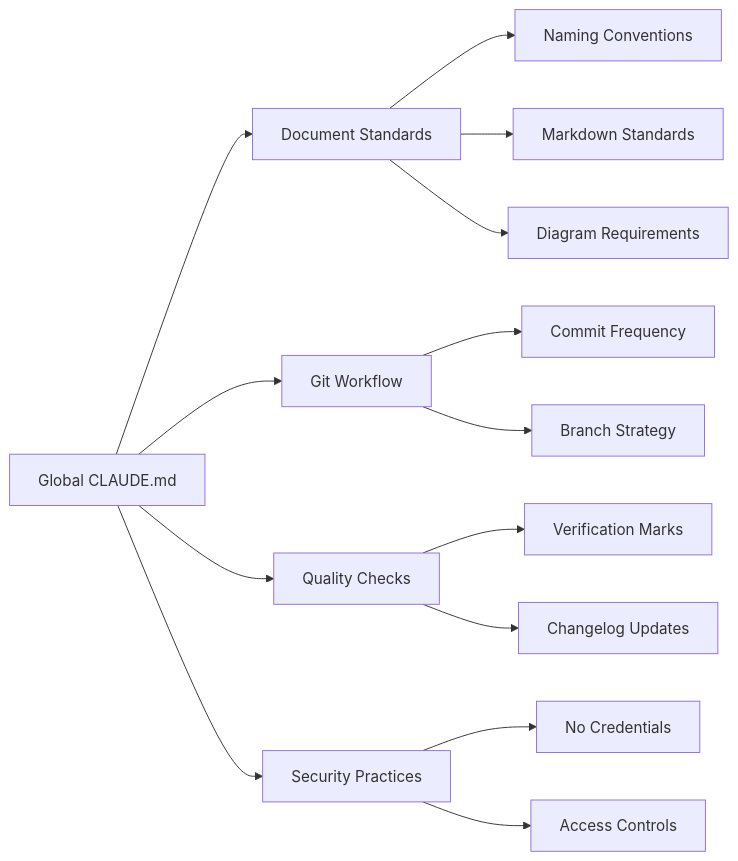
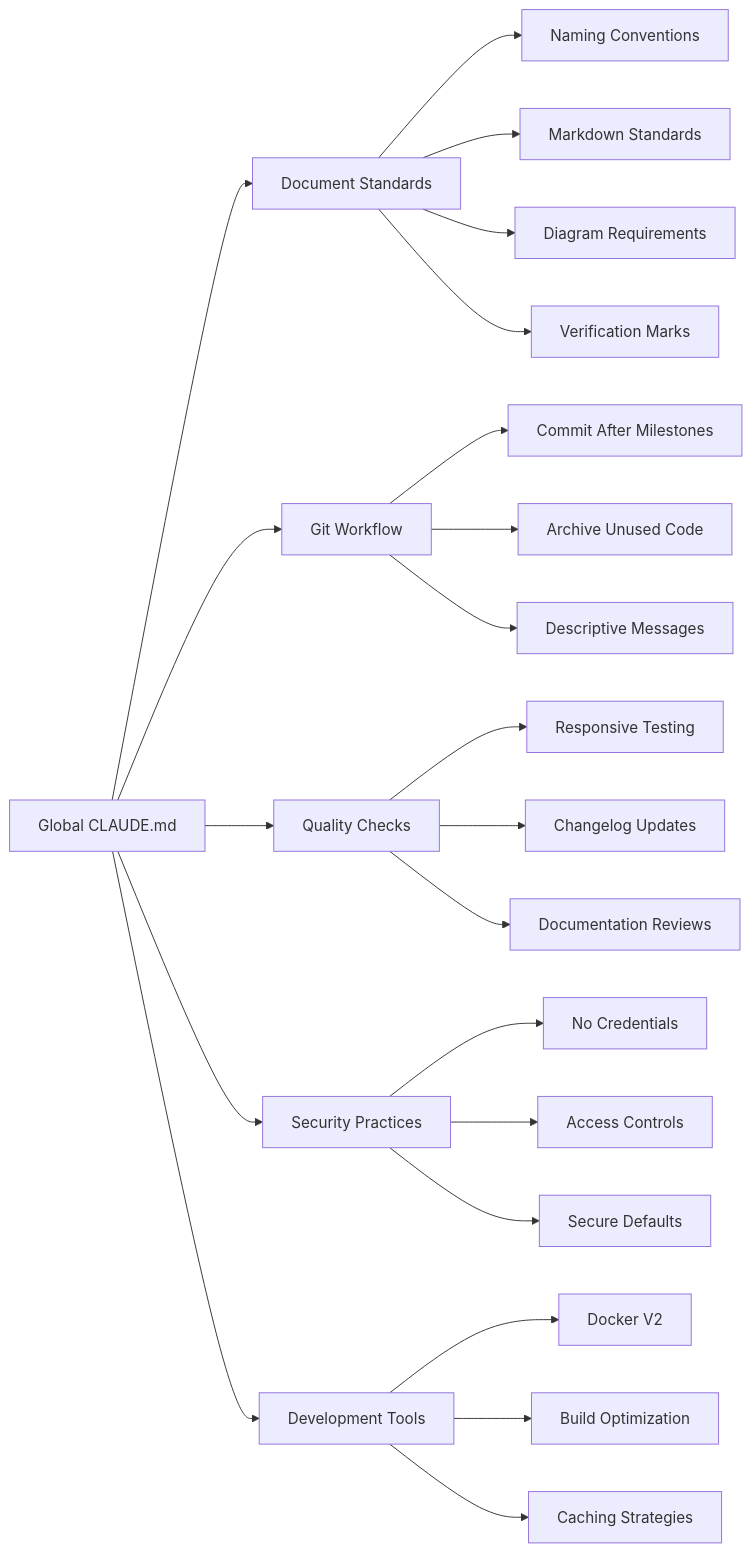
Before and after one commit to wapdat/doc-builder: the second of 6 diagrams in docs/guides/claude-workflow-guide.md, drawn with Mermaid. The commit also changed other lines of this file and 33 other files, not shown here.

````diff
--- a/docs/guides/claude-workflow-guide.md
+++ b/docs/guides/claude-workflow-guide.md
@@ -74,20 +327,29 @@
 ```mermaid
 graph LR
     A[Global CLAUDE.md] --> B[Document Standards]
     A --> C[Git Workflow]
     A --> D[Quality Checks]
     A --> E[Security Practices]
+    A --> F[Development Tools]
     
     B --> B1[Naming Conventions]
     B --> B2[Markdown Standards]
     B --> B3[Diagram Requirements]
+    B --> B4[Verification Marks]
     
-    C --> C1[Commit Frequency]
-    C --> C2[Branch Strategy]
+    C --> C1[Commit After Milestones]
+    C --> C2[Archive Unused Code]
+    C --> C3[Descriptive Messages]
     
-    D --> D1[Verification Marks]
+    D --> D1[Responsive Testing]
     D --> D2[Changelog Updates]
+    D --> D3[Documentation Reviews]
     
     E --> E1[No Credentials]
     E --> E2[Access Controls]
+    E --> E3[Secure Defaults]
+    
+    F --> F1[Docker V2]
+    F --> F2[Build Optimization]
+    F --> F3[Caching Strategies]
 ```
````
